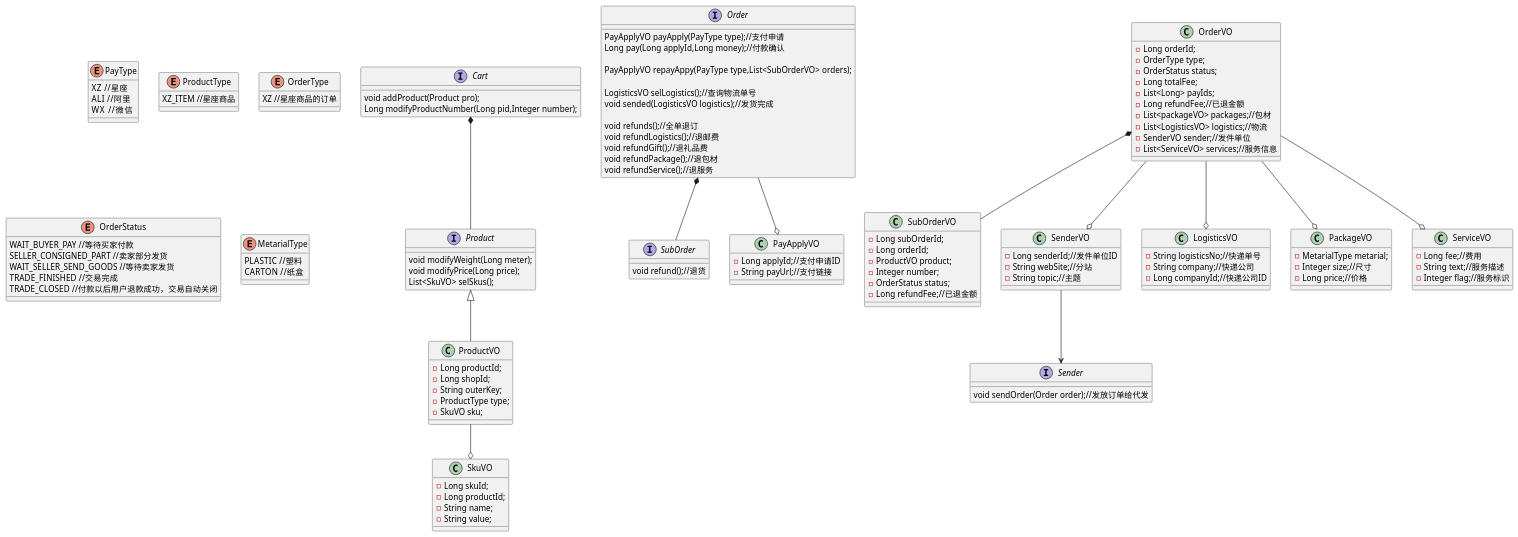
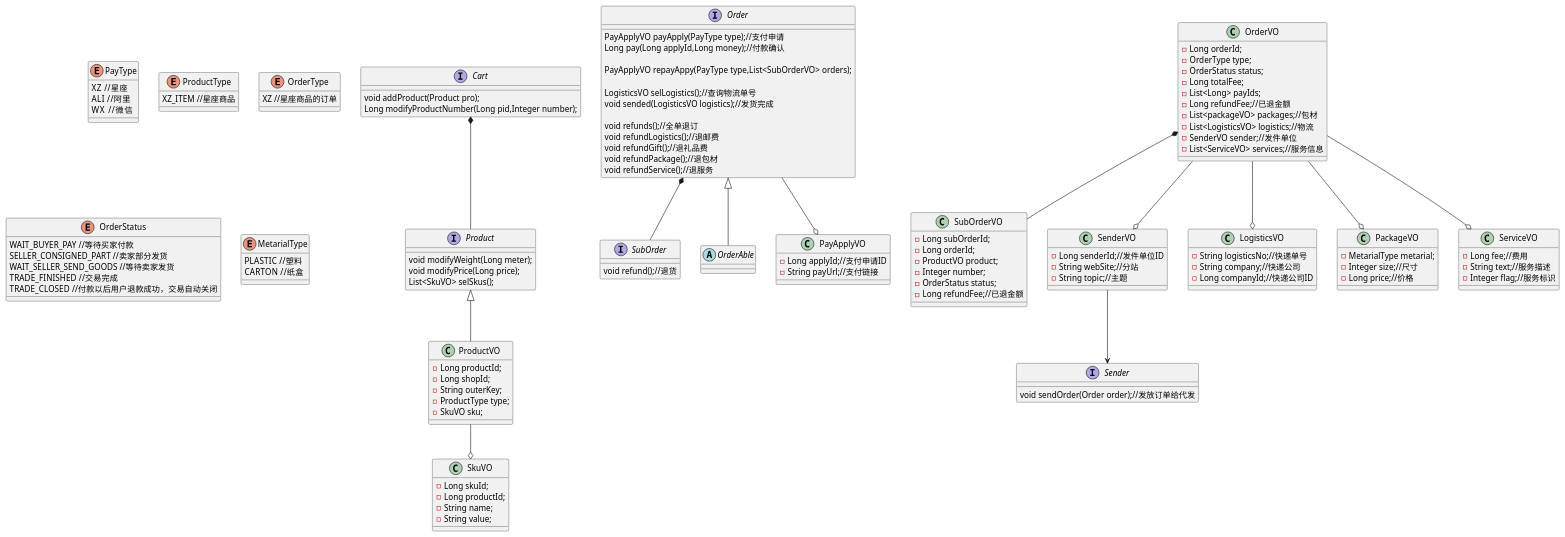
Before and after one commit to pogy/main-pom: the diagram in main4-order/main4-order-api/src/main/resources/orderClass.puml, drawn with PlantUML.

Commit message:
增加规则判断

```diff
--- a/main4-order/main4-order-api/src/main/resources/orderClass.puml
+++ b/main4-order/main4-order-api/src/main/resources/orderClass.puml
@@ -1,146 +1,151 @@
 @startuml
 enum PayType{
 XZ  //星座
 ALI  //阿里
 WX   //微信
 }
 interface Cart{
 void addProduct(Product pro);
 Long modifyProductNumber(Long pid,Integer number);
 }
 interface Order{
 PayApplyVO payApply(PayType type);//支付申请
 Long pay(Long applyId,Long money);//付款确认
 
 PayApplyVO repayAppy(PayType type,List<SubOrderVO> orders);
 
 LogisticsVO selLogistics();//查询物流单号
 void sended(LogisticsVO logistics);//发货完成
 
 void refunds();//全单退订
 void refundLogistics();//退邮费
 void refundGift();//退礼品费
 void refundPackage();//退包材
 void refundService();//退服务
 }
 interface SubOrder{
 void refund();//退货
 
 }
 interface Product{
 void modifyWeight(Long meter);
 void modifyPrice(Long price);
 List<SkuVO> selSkus();
 }
 interface Sender{
 void sendOrder(Order order);//发放订单给代发
 }
 
 class OrderVO{
 -Long orderId;
 -OrderType type;
 -OrderStatus status;
 -Long totalFee;
 -List<Long> payIds;
 -Long refundFee;//已退金额
 -List<packageVO> packages;//包材
 -List<LogisticsVO> logistics;//物流
 -SenderVO sender;//发件单位
 -List<ServiceVO> services;//服务信息
 }
 
 class SubOrderVO{
 -Long subOrderId;
 -Long orderId;
 -ProductVO product;
 -Integer number;
 -OrderStatus status;
 -Long refundFee;//已退金额
 }
 
 enum ProductType{
 XZ_ITEM //星座商品
 
 }
 
 enum OrderType{
 XZ //星座商品的订单
 
 }
 
 enum OrderStatus{
 WAIT_BUYER_PAY //等待买家付款
 SELLER_CONSIGNED_PART //卖家部分发货
 WAIT_SELLER_SEND_GOODS //等待卖家发货
 TRADE_FINISHED  //交易完成
 TRADE_CLOSED  //付款以后用户退款成功，交易自动关闭
 
 }
 
 enum MetarialType{
 PLASTIC  //塑料
 CARTON  //纸盒
 }
 
+abstract class OrderAble{
+
+}
+
 class ProductVO{
 -Long productId;
 -Long shopId;
 -String outerKey;
 -ProductType type;
 -SkuVO sku;
 }
 
 class SkuVO{
 -Long skuId;
 -Long productId;
 -String name;
 -String value;
 }
 
 class PayApplyVO{
 -Long applyId;//支付申请ID
 -String payUrl;//支付链接
 }
 
 class SenderVO{
 -Long senderId;//发件单位ID
 -String webSite;//分站
 -String topic;//主题
 }
 
 class LogisticsVO{
 -String logisticsNo;//快递单号
 -String company;//快递公司
 -Long companyId;//快递公司ID
 }
 
 class PackageVO{
 -MetarialType metarial;
 -Integer size;//尺寸
 -Long price;//价格
 }
 
 class ServiceVO{
 -Long fee;//费用
 -String text;//服务描述
 -Integer flag;//服务标识
 }
 
 Cart *-- Product
 Product <|-- ProductVO
 ProductVO --o SkuVO
 
 Order *-- SubOrder
 OrderVO *-- SubOrderVO
 OrderVO --o ServiceVO
 
 OrderVO --o SenderVO
 OrderVO --o PackageVO
 OrderVO --o LogisticsVO
 
 Order --o PayApplyVO
+Order <|-- OrderAble
 
 SenderVO --> Sender
 
 
 @enduml
```
